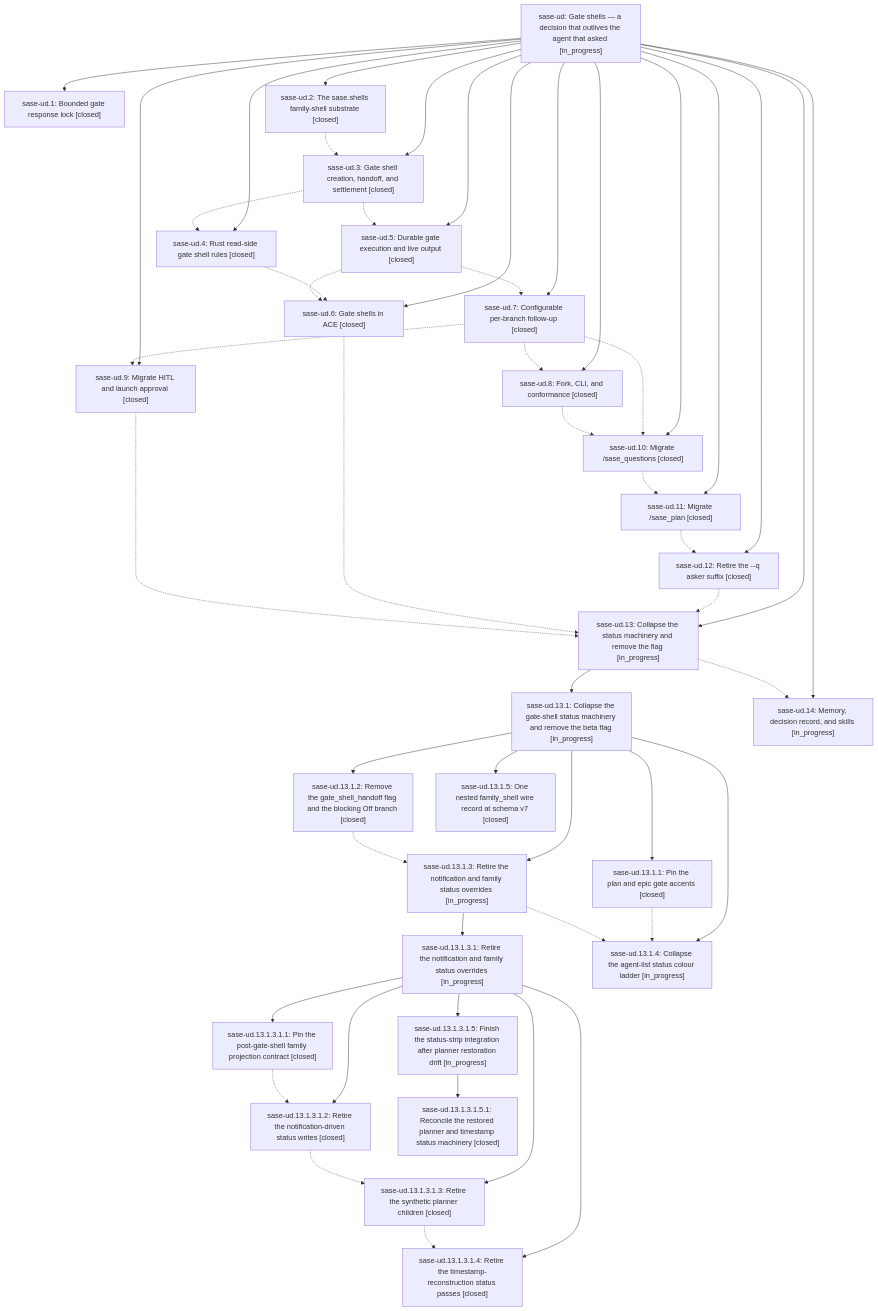
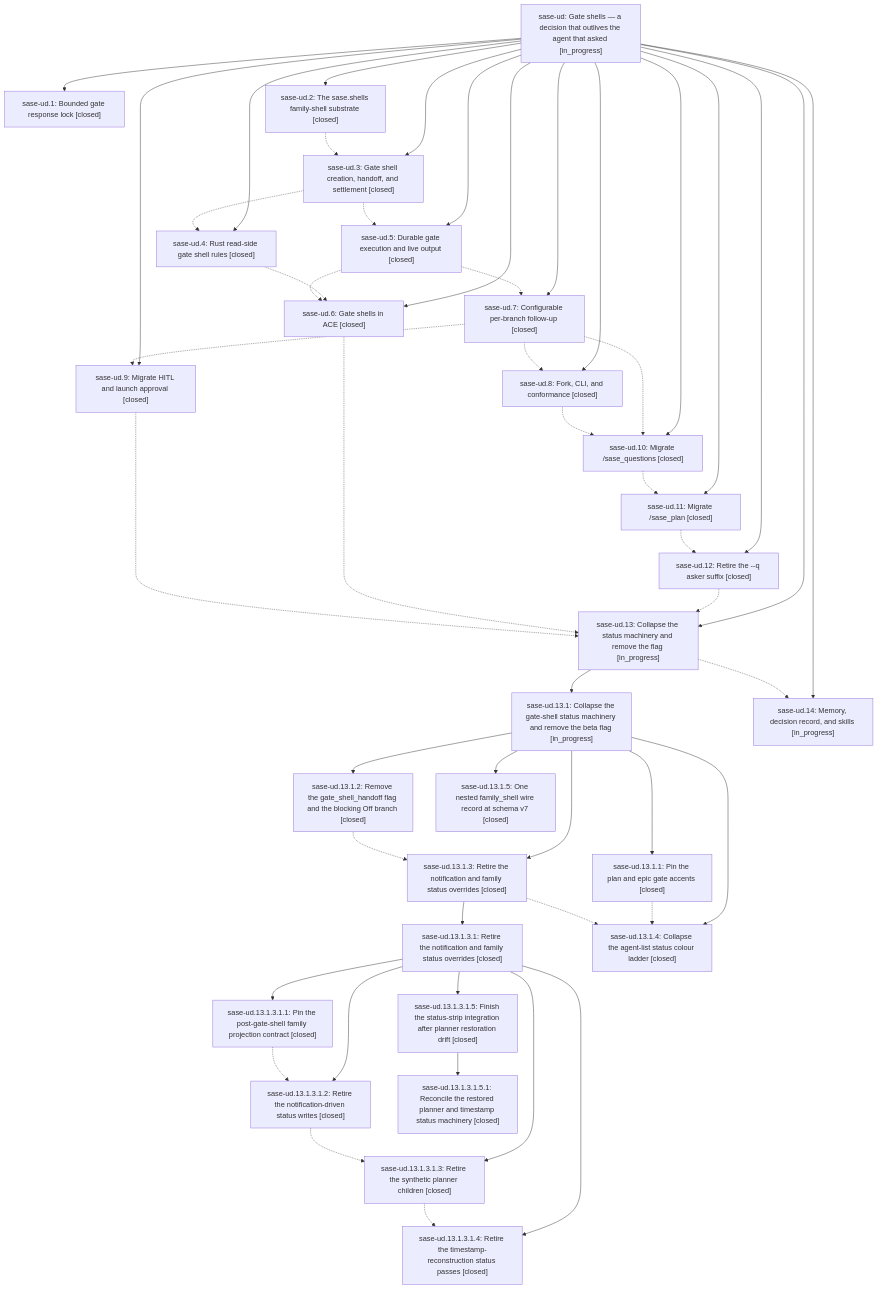
The diagram in pages/sase-ud/README.md (sase-org/sase--beads), drawn with Mermaid before and after one commit. The commit also changed other lines of this file and 6 other files, not shown here.

````diff
--- a/pages/sase-ud/README.md
+++ b/pages/sase-ud/README.md
@@ -57,80 +61,80 @@
 ```mermaid
 flowchart TD
     n0["sase-ud: Gate shells — a decision that outlives the agent that asked [in_progress]"]
     n1["sase-ud.1: Bounded gate response lock [closed]"]
     n2["sase-ud.10: Migrate /sase_questions [closed]"]
     n3["sase-ud.11: Migrate /sase_plan [closed]"]
     n4["sase-ud.12: Retire the --q asker suffix [closed]"]
     n5["sase-ud.13: Collapse the status machinery and remove the flag [in_progress]"]
     n6["sase-ud.13.1: Collapse the gate-shell status machinery and remove the beta flag [in_progress]"]
     n7["sase-ud.13.1.1: Pin the plan and epic gate accents [closed]"]
     n8["sase-ud.13.1.2: Remove the gate_shell_handoff flag and the blocking Off branch [closed]"]
-    n9["sase-ud.13.1.3: Retire the notification and family status overrides [in_progress]"]
-    n10["sase-ud.13.1.3.1: Retire the notification and family status overrides [in_progress]"]
+    n9["sase-ud.13.1.3: Retire the notification and family status overrides [closed]"]
+    n10["sase-ud.13.1.3.1: Retire the notification and family status overrides [closed]"]
     n11["sase-ud.13.1.3.1.1: Pin the post-gate-shell family projection contract [closed]"]
     n12["sase-ud.13.1.3.1.2: Retire the notification-driven status writes [closed]"]
     n13["sase-ud.13.1.3.1.3: Retire the synthetic planner children [closed]"]
     n14["sase-ud.13.1.3.1.4: Retire the timestamp-reconstruction status passes [closed]"]
-    n15["sase-ud.13.1.3.1.5: Finish the status-strip integration after planner restoration drift [in_progress]"]
+    n15["sase-ud.13.1.3.1.5: Finish the status-strip integration after planner restoration drift [closed]"]
     n16["sase-ud.13.1.3.1.5.1: Reconcile the restored planner and timestamp status machinery [closed]"]
-    n17["sase-ud.13.1.4: Collapse the agent-list status colour ladder [in_progress]"]
+    n17["sase-ud.13.1.4: Collapse the agent-list status colour ladder [closed]"]
     n18["sase-ud.13.1.5: One nested family_shell wire record at schema v7 [closed]"]
     n19["sase-ud.14: Memory, decision record, and skills [in_progress]"]
     n20["sase-ud.2: The sase.shells family-shell substrate [closed]"]
     n21["sase-ud.3: Gate shell creation, handoff, and settlement [closed]"]
     n22["sase-ud.4: Rust read-side gate shell rules [closed]"]
     n23["sase-ud.5: Durable gate execution and live output [closed]"]
     n24["sase-ud.6: Gate shells in ACE [closed]"]
     n25["sase-ud.7: Configurable per-branch follow-up [closed]"]
     n26["sase-ud.8: Fork, CLI, and conformance [closed]"]
     n27["sase-ud.9: Migrate HITL and launch approval [closed]"]
     n0 --> n1
     n0 --> n2
     n0 --> n3
     n0 --> n4
     n0 --> n5
     n5 --> n6
     n6 --> n7
     n6 --> n8
     n6 --> n9
     n9 --> n10
     n10 --> n11
     n10 --> n12
     n10 --> n13
     n10 --> n14
     n10 --> n15
     n15 --> n16
     n6 --> n17
     n6 --> n18
     n0 --> n19
     n0 --> n20
     n0 --> n21
     n0 --> n22
     n0 --> n23
     n0 --> n24
     n0 --> n25
     n0 --> n26
     n0 --> n27
     n2 -.-> n3
     n3 -.-> n4
     n4 -.-> n5
     n5 -.-> n19
     n7 -.-> n17
     n8 -.-> n9
     n9 -.-> n17
     n11 -.-> n12
     n12 -.-> n13
     n13 -.-> n14
     n20 -.-> n21
     n21 -.-> n22
     n21 -.-> n23
     n22 -.-> n24
     n23 -.-> n24
     n23 -.-> n25
     n24 -.-> n5
     n25 -.-> n2
     n25 -.-> n26
     n25 -.-> n27
     n26 -.-> n2
     n27 -.-> n5
 ```
````
